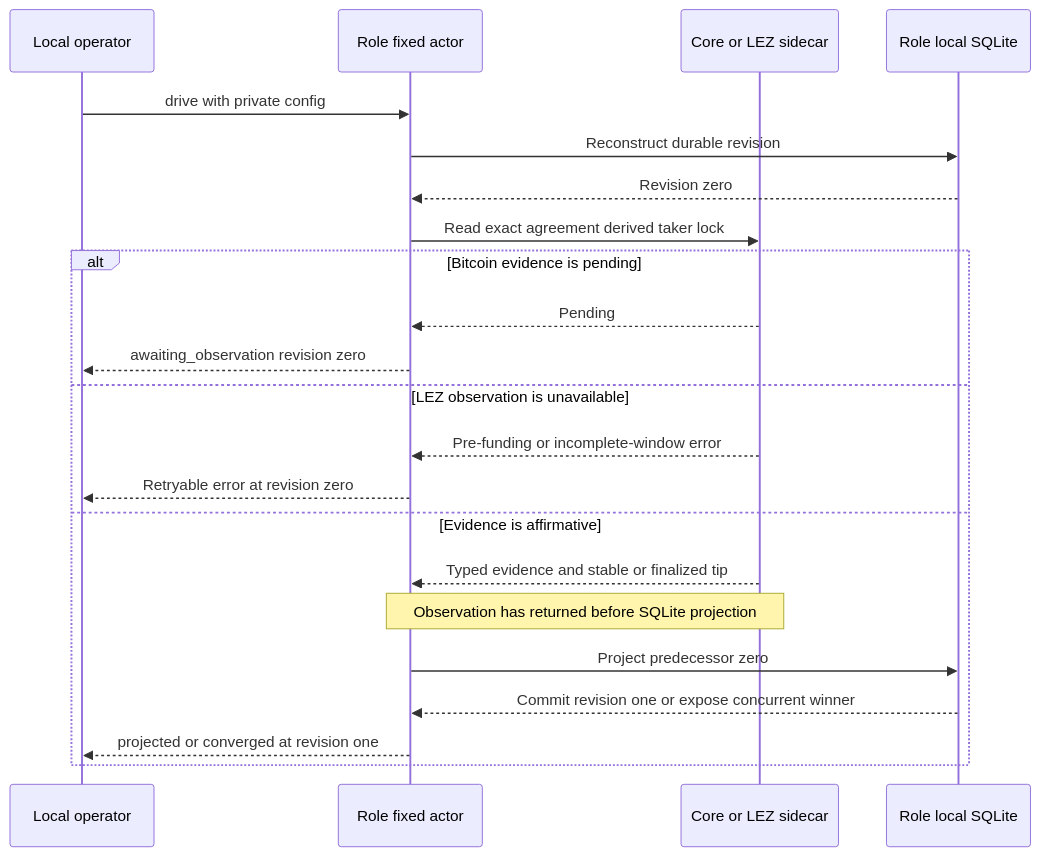
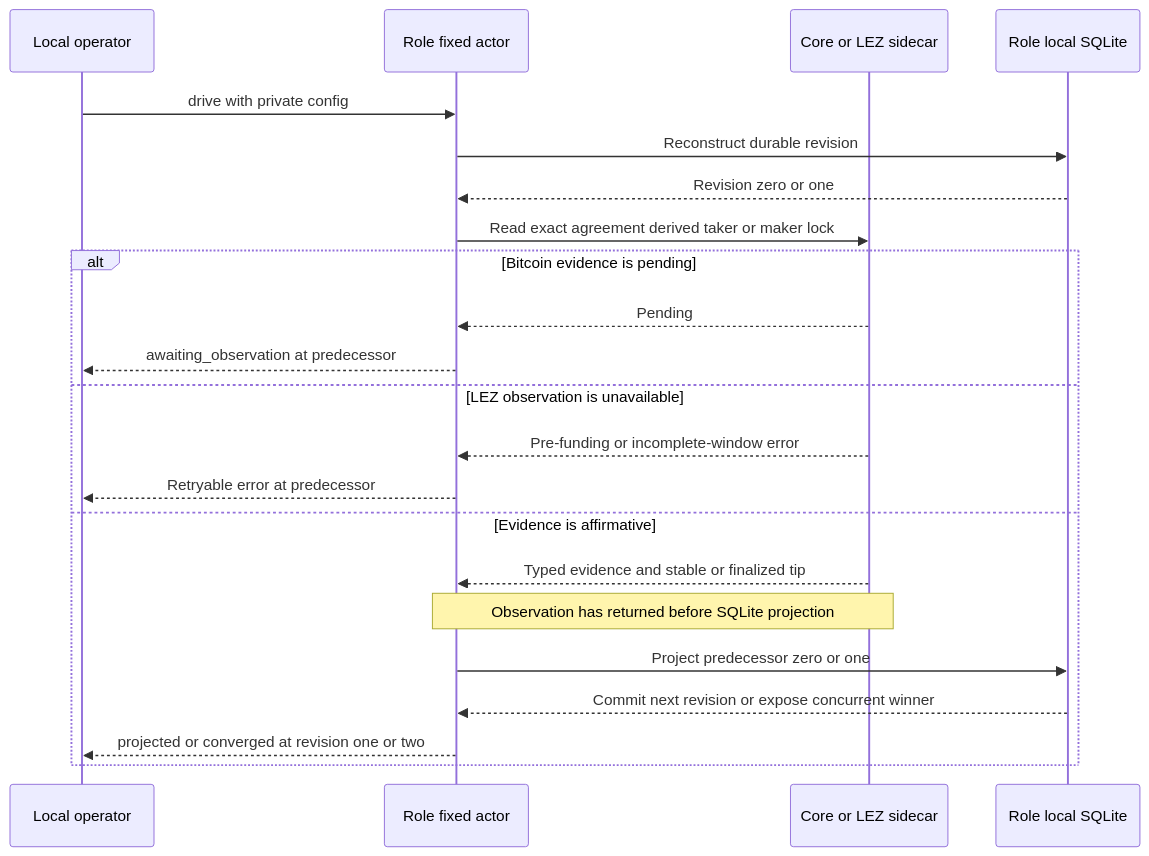
One commit to gateway-fm/lez-atomic-swaps changed the first of 2 diagrams in docs/architecture/0031-one-shot-btc-actor-observe-before-project.md. Above: the diagram before and after it, drawn with Mermaid. The commit also changed other lines of this file and 10 other files, not shown here.

Commit message:
feat: compose M3 maker-lock actor revision

````diff
--- a/docs/architecture/0031-one-shot-btc-actor-observe-before-project.md
+++ b/docs/architecture/0031-one-shot-btc-actor-observe-before-project.md
@@ -77,24 +79,24 @@
 ```mermaid
 sequenceDiagram
     participant O as Local operator
     participant A as Role fixed actor
     participant C as Core or LEZ sidecar
     participant S as Role local SQLite
     O->>A: drive with private config
     A->>S: Reconstruct durable revision
-    S-->>A: Revision zero
-    A->>C: Read exact agreement derived taker lock
+    S-->>A: Revision zero or one
+    A->>C: Read exact agreement derived taker or maker lock
     alt Bitcoin evidence is pending
         C-->>A: Pending
-        A-->>O: awaiting_observation revision zero
+        A-->>O: awaiting_observation at predecessor
     else LEZ observation is unavailable
         C-->>A: Pre-funding or incomplete-window error
-        A-->>O: Retryable error at revision zero
+        A-->>O: Retryable error at predecessor
     else Evidence is affirmative
         C-->>A: Typed evidence and stable or finalized tip
         Note over A,C: Observation has returned before SQLite projection
-        A->>S: Project predecessor zero
-        S-->>A: Commit revision one or expose concurrent winner
-        A-->>O: projected or converged at revision one
+        A->>S: Project predecessor zero or one
+        S-->>A: Commit next revision or expose concurrent winner
+        A-->>O: projected or converged at revision one or two
     end
 ```
````
